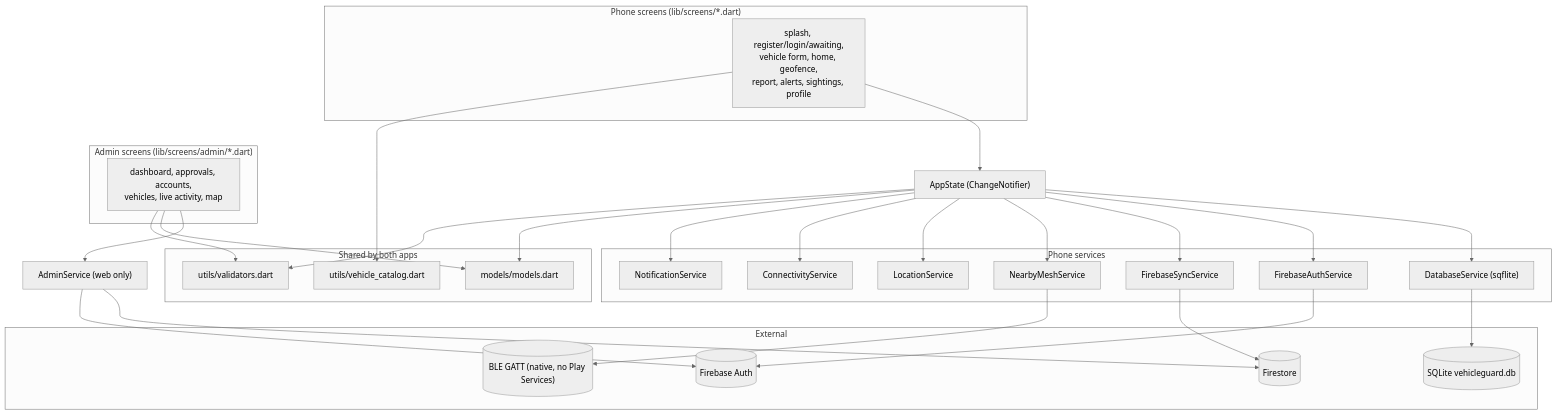
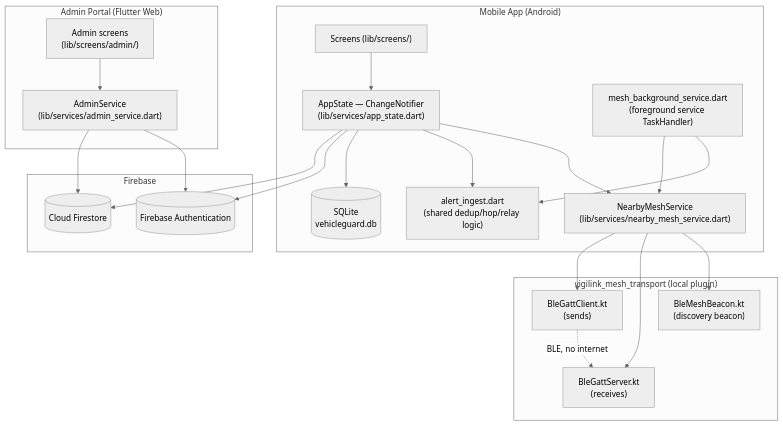
The first of 7 diagrams in REVIEWER.md (Cedric2625/CAPSTONE-SYSTEM), drawn with Mermaid (neutral theme) before and after one commit. The commit also changed other lines of this file, not shown here.

````diff
--- a/REVIEWER.md
+++ b/REVIEWER.md
@@ -779,43 +47,40 @@
 ```mermaid
 flowchart TB
-    subgraph UI["Phone screens (lib/screens/*.dart)"]
-        S["splash, register/login/awaiting,<br/>vehicle form, home, geofence,<br/>report, alerts, sightings, profile"]
+    subgraph Phone["Mobile App (Android)"]
+        UI["Screens (lib/screens/)"]
+        APPSTATE["AppState — ChangeNotifier\n(lib/services/app_state.dart)"]
+        MESHSVC["NearbyMeshService\n(lib/services/nearby_mesh_service.dart)"]
+        INGEST["alert_ingest.dart\n(shared dedup/hop/relay logic)"]
+        BGSVC["mesh_background_service.dart\n(foreground service TaskHandler)"]
+        DB[("SQLite\nvehicleguard.db")]
     end
-    subgraph AdminUI["Admin screens (lib/screens/admin/*.dart)"]
-        AS["dashboard, approvals, accounts,<br/>vehicles, live activity, map"]
+    subgraph Plugin["vigilink_mesh_transport (local plugin)"]
+        BEACON["BleMeshBeacon.kt\n(discovery beacon)"]
+        GATT_S["BleGattServer.kt\n(receives)"]
+        GATT_C["BleGattClient.kt\n(sends)"]
     end
-    APPSTATE["AppState (ChangeNotifier)"]
-    subgraph Services["Phone services"]
-        DB["DatabaseService (sqflite)"]
-        AUTH["FirebaseAuthService"]
-        SYNC["FirebaseSyncService"]
-        MESH["NearbyMeshService"]
-        LOC["LocationService"]
-        CONN["ConnectivityService"]
-        NOTIF["NotificationService"]
+    subgraph Cloud["Firebase"]
+        AUTH[("Firebase Authentication")]
+        FIRESTORE[("Cloud Firestore")]
     end
-    ADMINSVC["AdminService (web only)"]
-    subgraph Shared["Shared by both apps"]
-        MODELS["models/models.dart"]
-        VALID["utils/validators.dart"]
-        CATALOG["utils/vehicle_catalog.dart"]
-    end
-    subgraph External["External"]
-        SQLITE[("SQLite vehicleguard.db")]
-        FIRESTORE[("Firestore")]
-        FBAUTH[("Firebase Auth")]
-        TRANSPORT[("BLE GATT (native, no Play Services)")]
+    subgraph Web["Admin Portal (Flutter Web)"]
+        ADMINUI["Admin screens\n(lib/screens/admin/)"]
+        ADMINSVC["AdminService\n(lib/services/admin_service.dart)"]
     end
 
-    S --> APPSTATE
-    APPSTATE --> DB & AUTH & SYNC & MESH & LOC & CONN & NOTIF
-    AS --> ADMINSVC
-    DB --> SQLITE
-    AUTH --> FBAUTH
-    SYNC --> FIRESTORE
-    ADMINSVC --> FIRESTORE & FBAUTH
-    MESH --> TRANSPORT
-    APPSTATE --> MODELS & VALID
-    S --> CATALOG
-    AS --> MODELS & VALID
+    UI --> APPSTATE
+    APPSTATE --> MESHSVC
+    APPSTATE --> INGEST
+    APPSTATE --> DB
+    APPSTATE --> AUTH
+    APPSTATE --> FIRESTORE
+    BGSVC --> INGEST
+    BGSVC --> MESHSVC
+    MESHSVC --> BEACON
+    MESHSVC --> GATT_S
+    MESHSVC --> GATT_C
+    GATT_C -. "BLE, no internet" .-> GATT_S
+    ADMINUI --> ADMINSVC
+    ADMINSVC --> AUTH
+    ADMINSVC --> FIRESTORE
 ```
````
